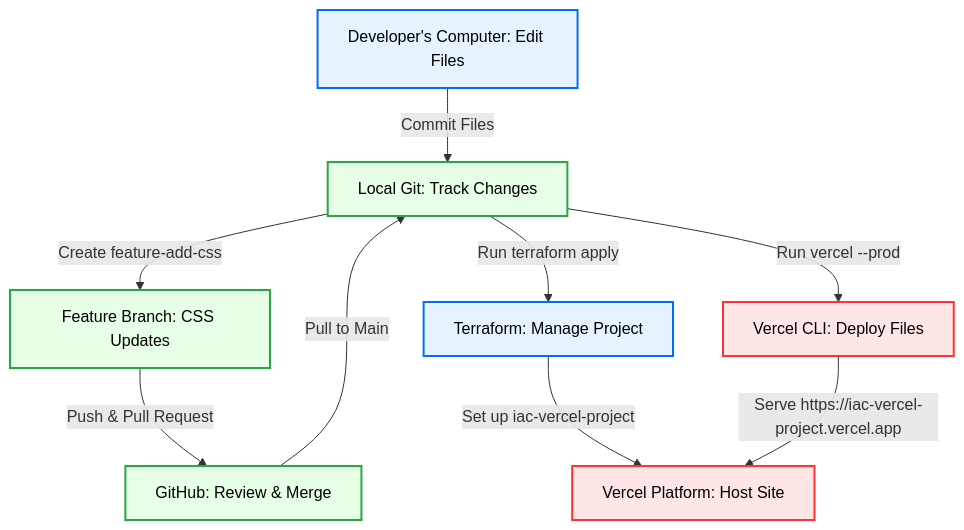
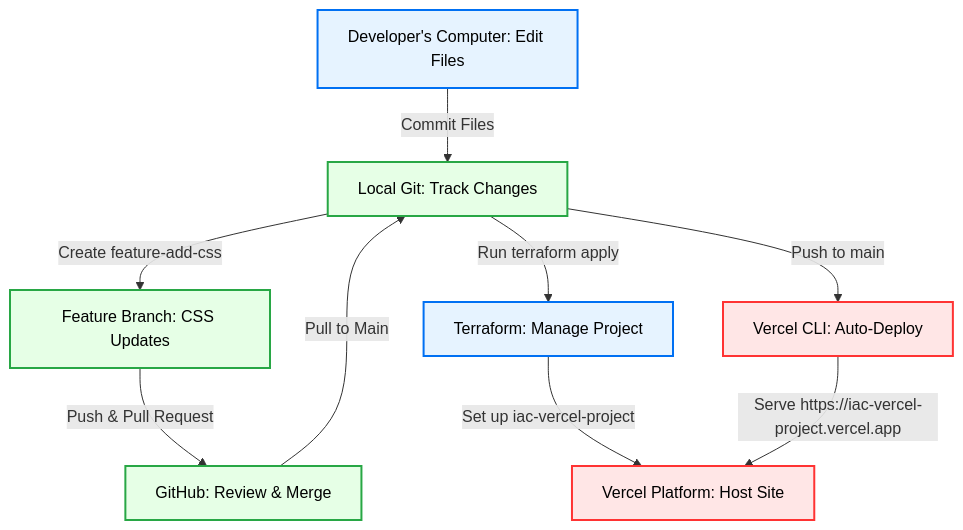
One commit to Sai240924/IaC_Project changed the diagram in README.md. Above: the diagram before and after it, drawn with Mermaid. The commit also changed other lines of this file, not shown here.

Commit message:
Updated architecture diagram

````diff
--- a/README.md
+++ b/README.md
@@ -29,19 +26,19 @@
 ```mermaid
 graph TD
     A[Developer's Computer: Edit Files] -->|Commit Files| B[Local Git: Track Changes]
     B -->|Create feature-add-css| C[Feature Branch: CSS Updates]
     C -->|Push & Pull Request| D[GitHub: Review & Merge]
     D -->|Pull to Main| B
     B -->|Run terraform apply| E[Terraform: Manage Project]
     E -->|Set up iac-vercel-project| G[Vercel Platform: Host Site]
-    B -->|Run vercel --prod| F[Vercel CLI: Deploy Files]
+    B -->|Push to main| F[Vercel CLI: Auto-Deploy]
     F -->|Serve https://iac-vercel-project.vercel.app| G
 
     classDef component fill:#e6f3ff,stroke:#0070f3,stroke-width:2px,color:#000;
     classDef git fill:#e6ffe6,stroke:#28a745,stroke-width:2px,color:#000;
     classDef vercel fill:#ffe6e6,stroke:#ff3333,stroke-width:2px,color:#000;
 
     class A,E component;
     class B,C,D git;
     class F,G vercel;
 ```
````
